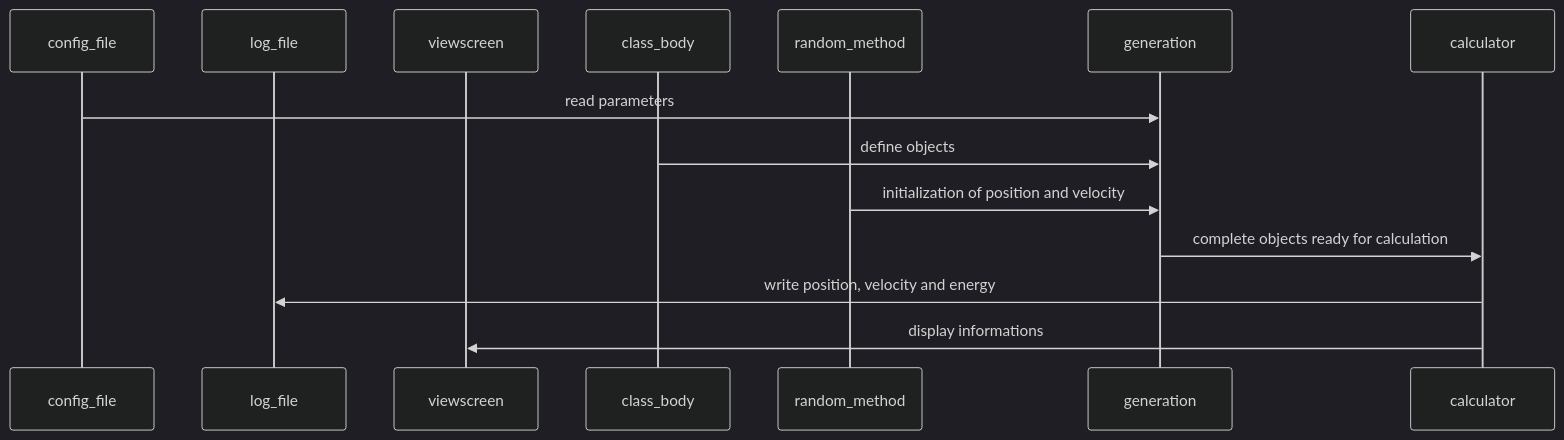
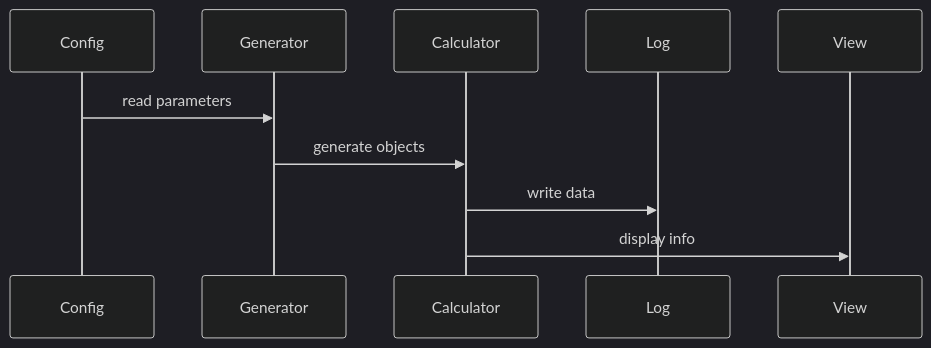
One commit to lou720/progetto_programmazione changed the second of 2 diagrams in TODO.md. Above: the diagram before and after it, drawn with Mermaid (dark theme). The commit also changed other lines of this file, not shown here.

Commit message:
mod program flow in TODO

````diff
--- a/TODO.md
+++ b/TODO.md
@@ -18,17 +18,13 @@
 ```mermaid
 sequenceDiagram
-    participant config_file
-    participant log_file
-    participant viewscreen
-    participant class_body
-    participant random_method
-    participant generation
-    participant calculator
+    participant Config
+    participant Generator
+    participant Calculator
+    participant Log
+    participant View
 
-    config_file->>generation: read parameters
-    class_body->>generation: define objects
-    random_method->>generation: initialization of position and velocity
-    generation->>calculator: complete objects ready for calculation
-    calculator->>log_file: write position, velocity and energy
-    calculator->>viewscreen: display informations
+    Config->>Generator: read parameters
+    Generator->>Calculator: generate objects
+    Calculator->>Log: write data
+    Calculator->>View: display info
 ```
````
